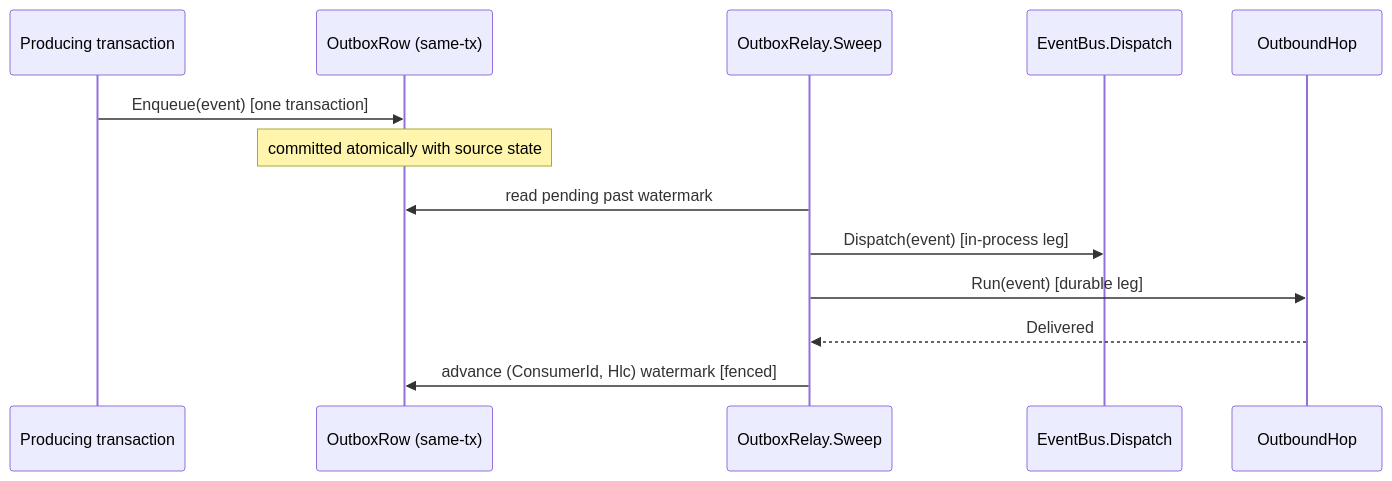
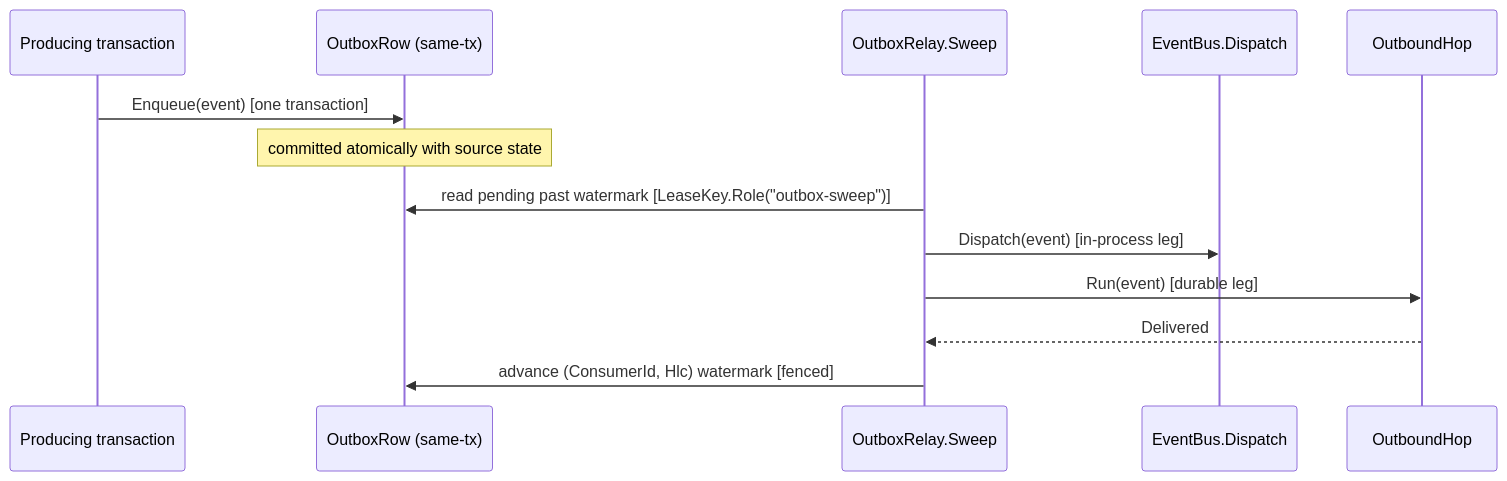
Before and after one commit to bsamiee/Rasm: the diagram in libs/csharp/Rasm.AppHost/.planning/Wire/outbox.md, drawn with Mermaid. The commit also changed other lines of this file and 818 other files, not shown here.

````diff
--- a/libs/csharp/Rasm.AppHost/.planning/Wire/outbox.md
+++ b/libs/csharp/Rasm.AppHost/.planning/Wire/outbox.md
@@ -365,17 +490,17 @@
 ```mermaid
 sequenceDiagram
     accTitle: Transactional outbox dispatch and watermark advance
-    accDescr: A producing transaction enqueueing an event atomically with source state, the relay sweep reading past the watermark and dispatching the in-process and durable legs, and the fenced watermark advancing only after delivery.
+    accDescr: A producing transaction enqueueing an event atomically with source state, the relay sweep reading past the watermark under the role lease and dispatching the in-process and durable legs, and the fenced watermark advancing only after delivery while a failed relay settles on the kernel re-drive verdict.
     participant Tx as Producing transaction
     participant Outbox as OutboxRow (same-tx)
     participant Sweep as OutboxRelay.Sweep
     participant Bus as EventBus.Dispatch
     participant Hop as OutboundHop
     Tx->>Outbox: Enqueue(event) [one transaction]
     Note over Outbox: committed atomically with source state
-    Sweep->>Outbox: read pending past watermark
+    Sweep->>Outbox: read pending past watermark [LeaseKey.Role("outbox-sweep")]
     Sweep->>Bus: Dispatch(event) [in-process leg]
     Sweep->>Hop: Run(event) [durable leg]
     Hop-->>Sweep: Delivered
     Sweep->>Outbox: advance (ConsumerId, Hlc) watermark [fenced]
 ```
````
